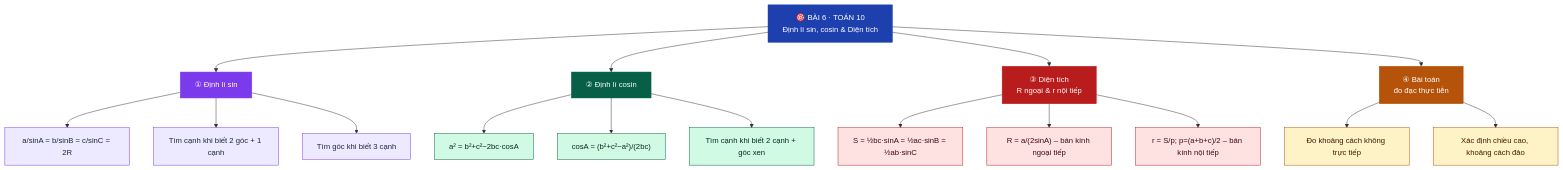
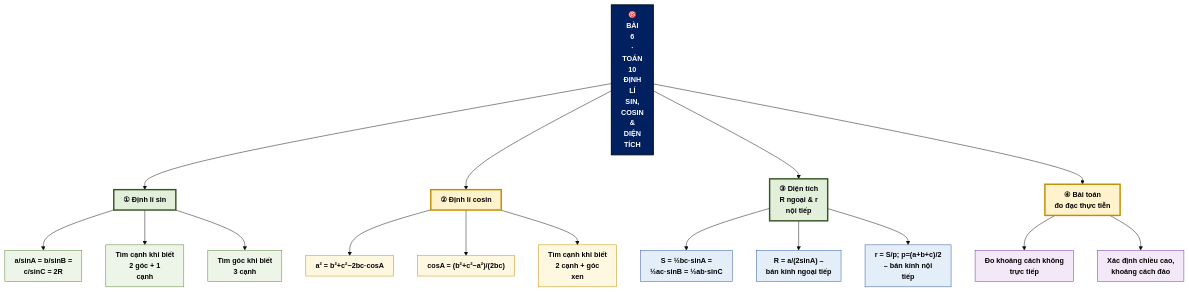
One commit to Trangtu66/Taode_thi_online changed the tenth of 30 diagrams in README.md. Above: the diagram before and after it, drawn with Mermaid. The commit also changed other lines of this file and 299 other files, not shown here.

````diff
--- a/README.md
+++ b/README.md
@@ -371,33 +414,36 @@
 ```mermaid
+%%{init: {"theme": "base", "htmlLabels": true, "flowchart": {"htmlLabels": true, "padding": 10, "curve": "basis"}, "themeVariables": {"fontSize": "15px"}}}%%
 graph TD
-    G["🎯 BÀI 6 · TOÁN 10<br/>Định lí sin, cosin & Diện tích"]:::root
+    G["🎯<BR/>BÀI<BR/>6<BR/>·<BR/>TOÁN<BR/>10<BR/>ĐỊNH<BR/>LÍ<BR/>SIN,<BR/>COSIN<BR/>&<BR/>DIỆN<BR/>TÍCH"]:::root
     G --> A["① Định lí sin"]:::n1
     G --> B["② Định lí cosin"]:::n2
-    G --> C["③ Diện tích<br/>R ngoại & r nội tiếp"]:::n3
+    G --> C["③ Diện tích<br/>R ngoại & r<br/>nội tiếp"]:::n3
     G --> D["④ Bài toán<br/>đo đạc thực tiễn"]:::n4
 
-    A --> A1["a/sinA = b/sinB = c/sinC = 2R"]:::l1
-    A --> A2["Tìm cạnh khi biết 2 góc + 1 cạnh"]:::l1
-    A --> A3["Tìm góc khi biết 3 cạnh"]:::l1
+    A --> A1["a/sinA = b/sinB =<br/>c/sinC = 2R"]:::l1
+    A --> A2["Tìm cạnh khi biết<br/>2 góc + 1<br/>cạnh"]:::l1
+    A --> A3["Tìm góc khi biết<br/>3 cạnh"]:::l1
 
     B --> B1["a² = b²+c²−2bc·cosA"]:::l2
     B --> B2["cosA = (b²+c²−a²)/(2bc)"]:::l2
-    B --> B3["Tìm cạnh khi biết 2 cạnh + góc xen"]:::l2
+    B --> B3["Tìm cạnh khi biết<br/>2 cạnh + góc<br/>xen"]:::l2
 
-    C --> C1["S = ½bc·sinA = ½ac·sinB = ½ab·sinC"]:::l3
-    C --> C2["R = a/(2sinA) – bán kính ngoại tiếp"]:::l3
-    C --> C3["r = S/p; p=(a+b+c)/2 – bán kính nội tiếp"]:::l3
+    C --> C1["S = ½bc·sinA =<br/>½ac·sinB = ½ab·sinC"]:::l3
+    C --> C2["R = a/(2sinA) –<br/>bán kính ngoại tiếp"]:::l3
+    C --> C3["r = S/p; p=(a+b+c)/2<br/>– bán kính nội<br/>tiếp"]:::l3
 
-    D --> D1["Đo khoảng cách không trực tiếp"]:::l4
-    D --> D2["Xác định chiều cao, khoảng cách đảo"]:::l4
+    D --> D1["Đo khoảng cách không<br/>trực tiếp"]:::l4
+    D --> D2["Xác định chiều cao,<br/>khoảng cách đảo"]:::l4
 
-    classDef root fill:#1E40AF,color:#fff,stroke:#1E40AF
-    classDef n1 fill:#7C3AED,color:#fff,stroke:#7C3AED
-    classDef n2 fill:#065F46,color:#fff,stroke:#065F46
-    classDef n3 fill:#B91C1C,color:#fff,stroke:#B91C1C
-    classDef n4 fill:#B45309,color:#fff,stroke:#B45309
-    classDef l1 fill:#EDE9FE,color:#1E293B,stroke:#7C3AED
-    classDef l2 fill:#D1FAE5,color:#022c22,stroke:#065F46
-    classDef l3 fill:#FEE2E2,color:#450a0a,stroke:#B91C1C
-    classDef l4 fill:#FEF3C7,color:#451a03,stroke:#B45309
+    classDef root fill:#002060,color:#FFFFFF,stroke:#000B1E,stroke-width:2px,font-weight:bold
+    classDef n1 fill:#E2EFDA,color:#000000,stroke:#375623,stroke-width:3px,font-weight:bold
+    classDef n2 fill:#FFF2CC,color:#000000,stroke:#BF8F00,stroke-width:3px,font-weight:bold
+    classDef n3 fill:#E2EFDA,color:#000000,stroke:#375623,stroke-width:3px,font-weight:bold
+    classDef n4 fill:#FFF2CC,color:#000000,stroke:#BF8F00,stroke-width:3px,font-weight:bold
+    classDef n5 fill:#E2EFDA,color:#000000,stroke:#375623,stroke-width:3px,font-weight:bold
+    classDef l1 fill:#EDF5E8,color:#000000,stroke:#548235
+    classDef l2 fill:#FFF8E1,color:#000000,stroke:#BF8F00
+    classDef l3 fill:#E3EEF9,color:#000000,stroke:#2F5597
+    classDef l4 fill:#F3E8F7,color:#000000,stroke:#7030A0
+    classDef l5 fill:#FDE9E1,color:#000000,stroke:#C55A11
 ```
````
